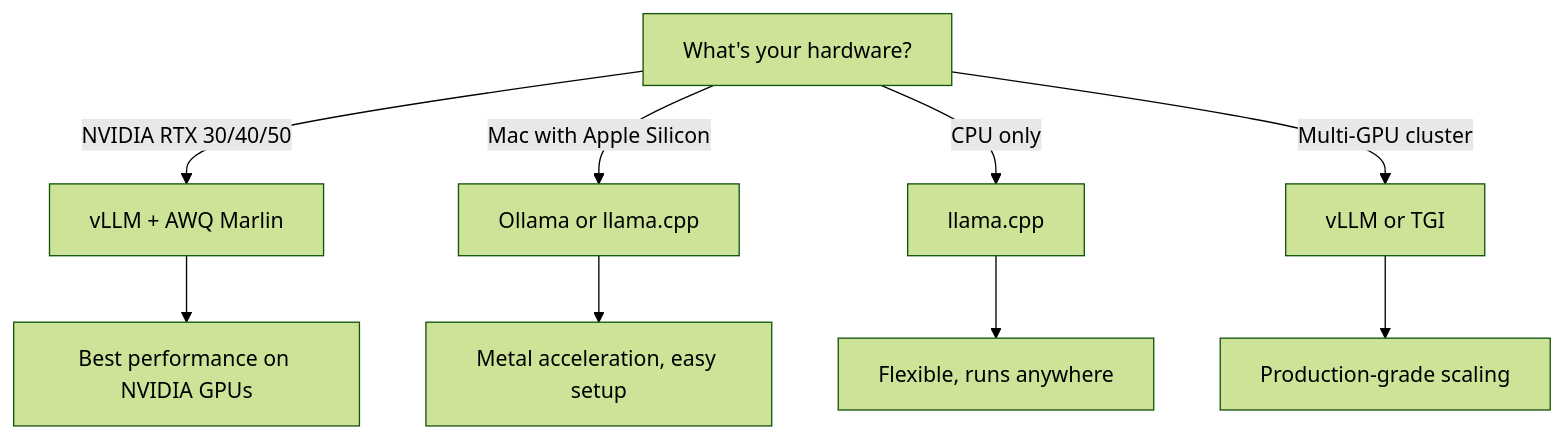
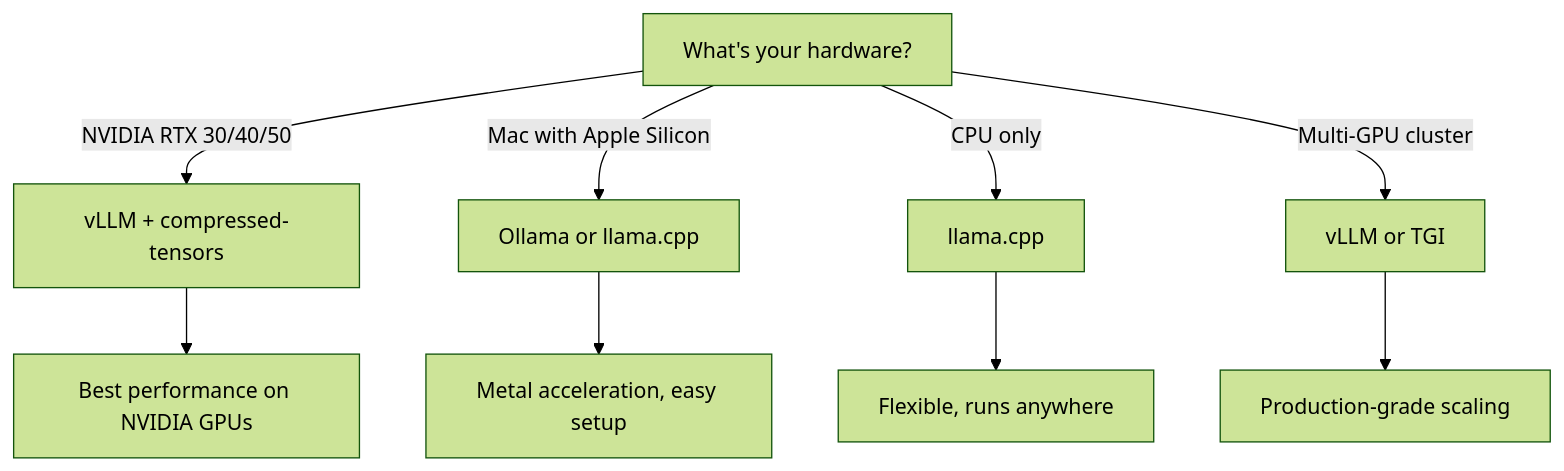
The diagram in docs/site/concepts/inference-servers.md (chris-colinsky/Zorac), drawn with Mermaid (forest theme) before and after one commit. The commit also changed other lines of this file and 11 other files, not shown here.

````diff
--- a/docs/site/concepts/inference-servers.md
+++ b/docs/site/concepts/inference-servers.md
@@ -170,11 +172,11 @@
 ```mermaid
 graph TD
-    A[What's your hardware?] -->|NVIDIA RTX 30/40/50| B[vLLM + AWQ Marlin]
+    A[What's your hardware?] -->|NVIDIA RTX 30/40/50| B[vLLM + compressed-tensors]
     A -->|Mac with Apple Silicon| C[Ollama or llama.cpp]
     A -->|CPU only| D[llama.cpp]
     A -->|Multi-GPU cluster| E[vLLM or TGI]
     B --> F[Best performance on NVIDIA GPUs]
     C --> G[Metal acceleration, easy setup]
     D --> H[Flexible, runs anywhere]
     E --> I[Production-grade scaling]
 ```
````
